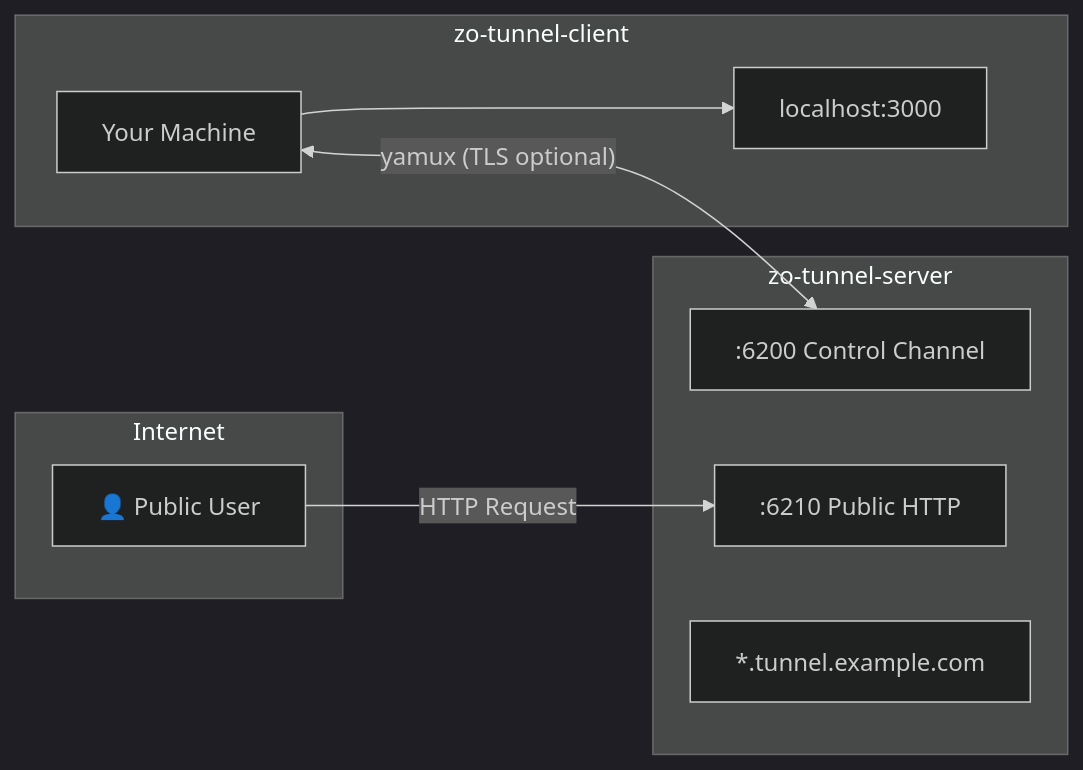
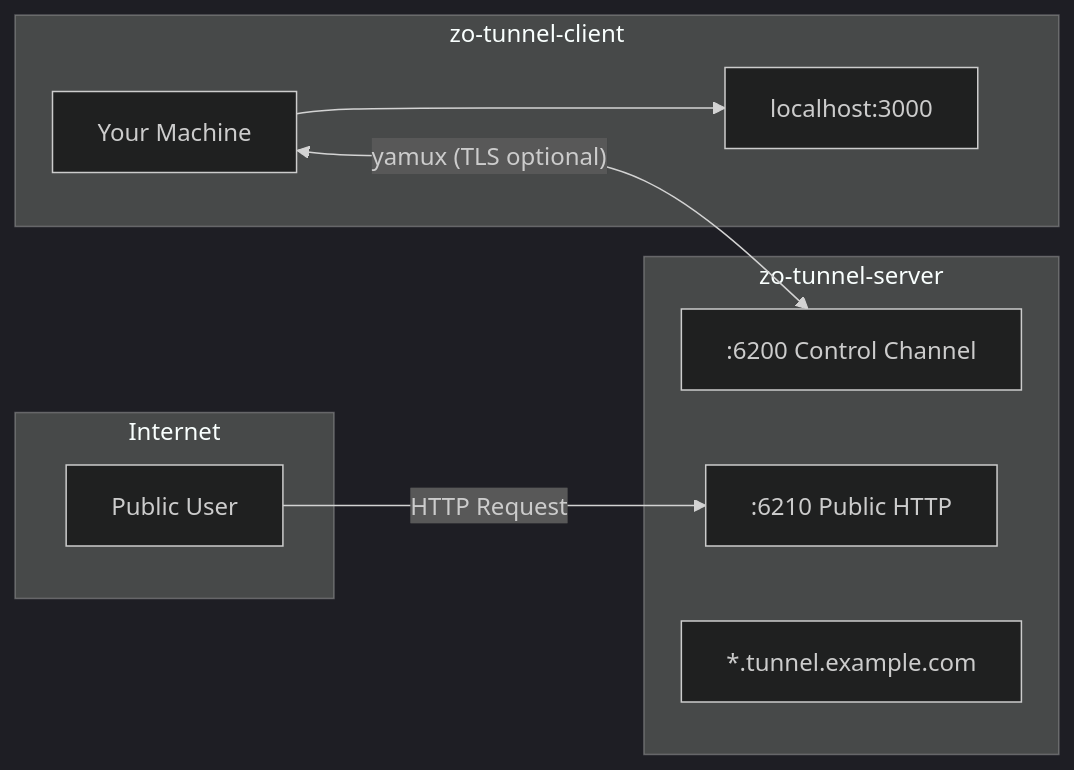
Before and after one commit to Zobite/zo-tunnel: the second of 4 diagrams in README.md, drawn with Mermaid (dark theme). The commit also changed other lines of this file and 17 other files, not shown here.

````diff
--- a/README.md
+++ b/README.md
@@ -34,21 +36,21 @@
 ```mermaid
 flowchart LR
     subgraph Internet
-        User["👤 Public User"]
+        User["Public User"]
     end
 
     subgraph VPS["zo-tunnel-server"]
         Control[":6200 Control Channel"]
         Public[":6210 Public HTTP"]
         Sub["*.tunnel.example.com"]
     end
 
     subgraph Local["zo-tunnel-client"]
         Client["Your Machine"]
         Service["localhost:3000"]
     end
 
     User -->|"HTTP Request"| Public
     Client <-->|"yamux (TLS optional)"| Control
     Client --> Service
 ```
````
